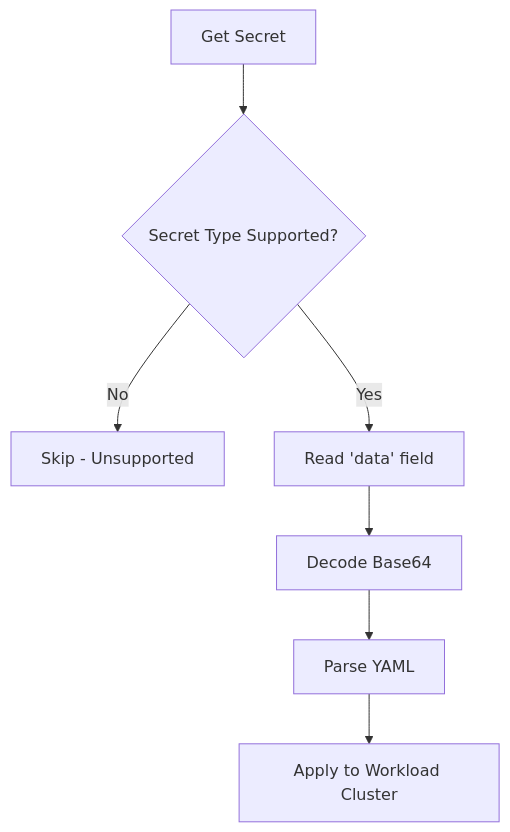
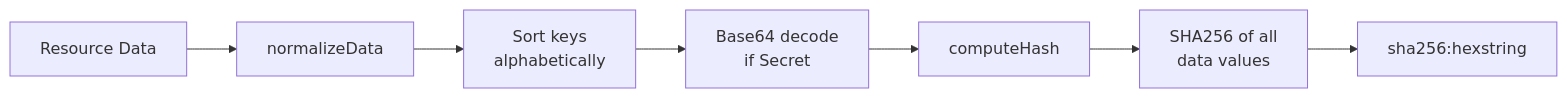
Before and after one commit to seanyen/cluster-api: the eighth of 9 diagrams in ai-gen/internal/controllers/clusterresourceset_controller.md, drawn with Mermaid. The commit also changed other lines of this file, not shown here.

````diff
--- a/ai-gen/internal/controllers/clusterresourceset_controller.md
+++ b/ai-gen/internal/controllers/clusterresourceset_controller.md
@@ -167,9 +258,9 @@
 ```mermaid
-flowchart TD
-    A[Get Secret] --> B{Secret Type Supported?}
-    B -->|No| C[Skip - Unsupported]
-    B -->|Yes| D[Read 'data' field]
-    D --> E[Decode Base64]
-    E --> F[Parse YAML]
-    F --> G[Apply to Workload Cluster]
+flowchart LR
+    A[Resource Data] --> B[normalizeData]
+    B --> C[Sort keys<br/>alphabetically]
+    C --> D[Base64 decode<br/>if Secret]
+    D --> E[computeHash]
+    E --> F[SHA256 of all<br/>data values]
+    F --> G[sha256:hexstring]
 ```
````
